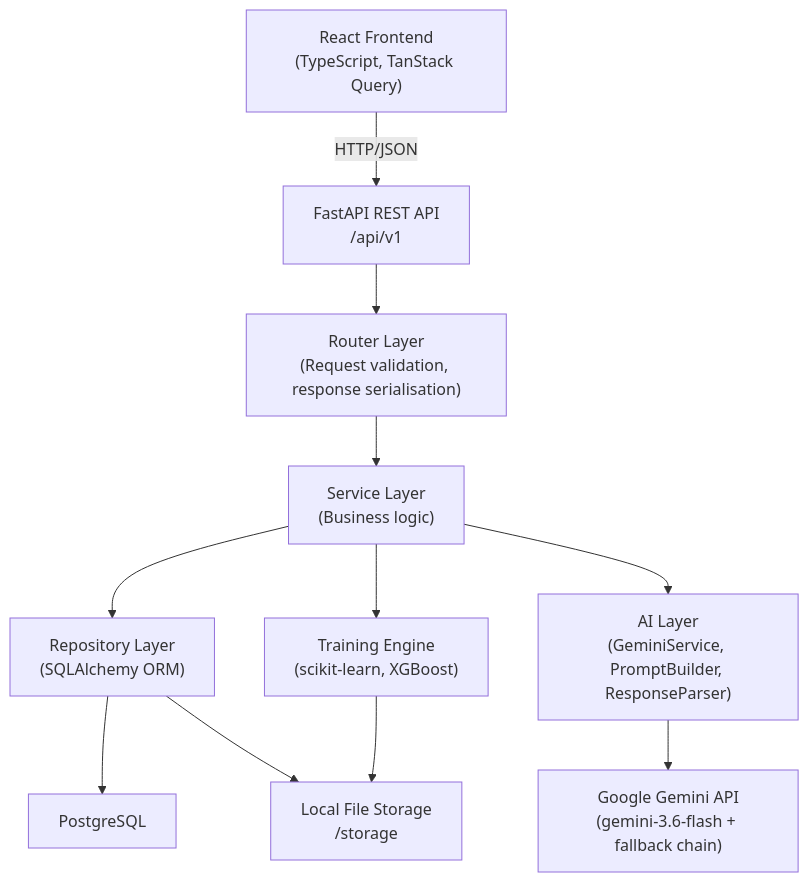
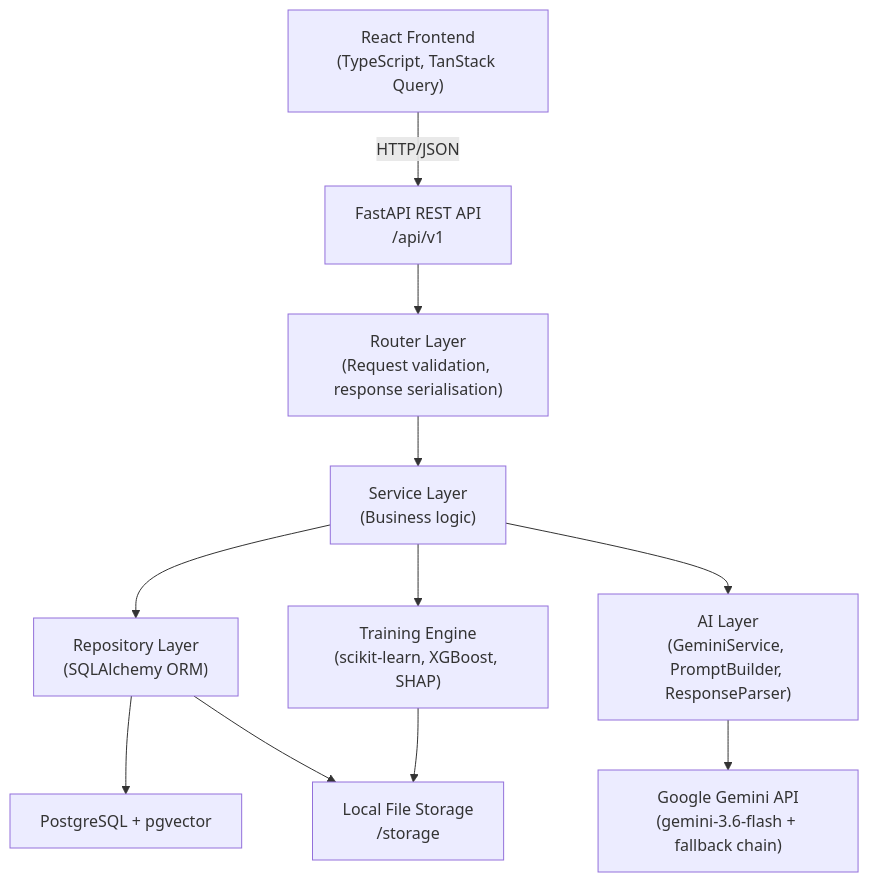
One commit to Mohitingale13/microflow-ml-platform changed the second of 3 diagrams in README.md. Above: the diagram before and after it, drawn with Mermaid. The commit also changed other lines of this file and 76 other files, not shown here.

Commit message:
feat: integrate SHAP explainability, pgvector hybrid RAG, and RAGAS evaluation layer

````diff
--- a/README.md
+++ b/README.md
@@ -253,24 +269,33 @@
 ```mermaid
 graph TD
-    Browser["React Frontend\n(TypeScript, TanStack Query)"]
-    API["FastAPI REST API\n/api/v1"]
-    Routers["Router Layer\n(Request validation, response serialisation)"]
-    Services["Service Layer\n(Business logic)"]
-    Repos["Repository Layer\n(SQLAlchemy ORM)"]
-    DB["PostgreSQL"]
-    Storage["Local File Storage\n/storage"]
-    Training["Training Engine\n(scikit-learn, XGBoost)"]
-    AILayer["AI Layer\n(GeminiService, PromptBuilder, ResponseParser)"]
-    Gemini["Google Gemini API\n(gemini-3.6-flash + fallback chain)"]
+    Browser["React Frontend
+(TypeScript, TanStack Query)"]
+    API["FastAPI REST API
+/api/v1"]
+    Routers["Router Layer
+(Request validation, response serialisation)"]
+    Services["Service Layer
+(Business logic)"]
+    Repos["Repository Layer
+(SQLAlchemy ORM)"]
+    DB["PostgreSQL + pgvector"]
+    Storage["Local File Storage
+/storage"]
+    Training["Training Engine
+(scikit-learn, XGBoost, SHAP)"]
+    AILayer["AI Layer
+(GeminiService, PromptBuilder, ResponseParser)"]
+    Gemini["Google Gemini API
+(gemini-3.6-flash + fallback chain)"]
 
     Browser -->|HTTP/JSON| API
     API --> Routers
     Routers --> Services
     Services --> Repos
     Services --> Training
     Services --> AILayer
     Repos --> DB
     Training --> Storage
     Repos --> Storage
     AILayer --> Gemini
 ```
````
